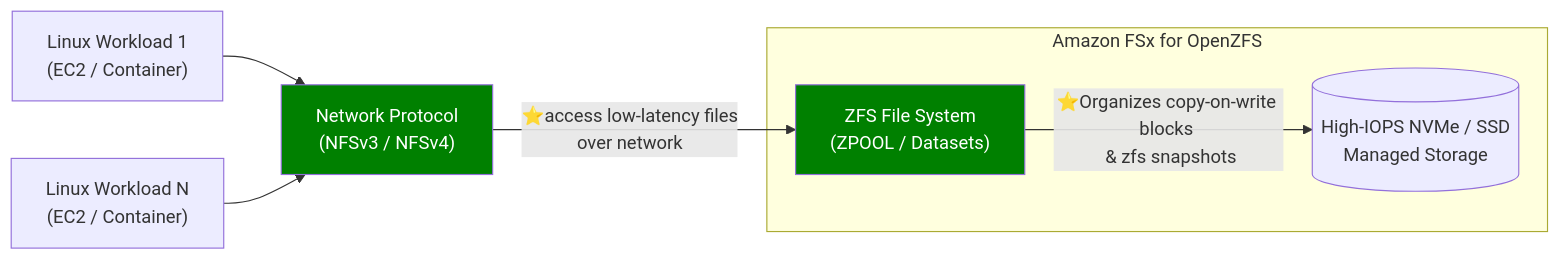
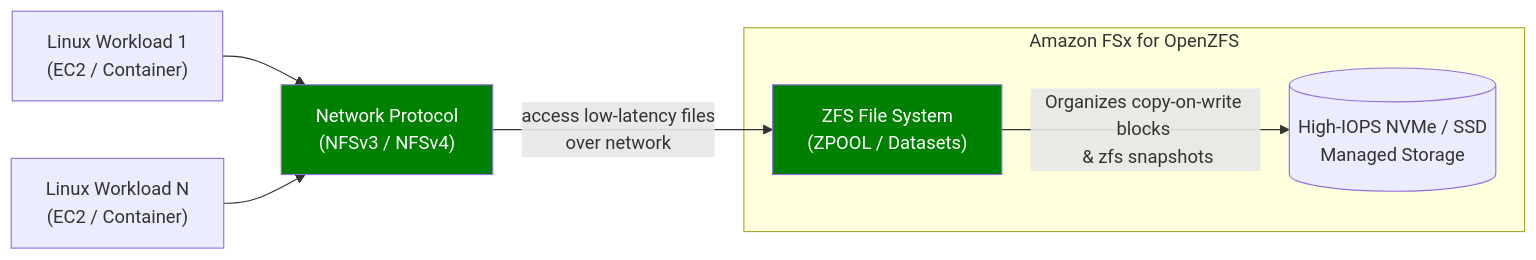
One commit to lekhrajdinkar/solution-engineer changed the fourth of 4 diagrams in docs/2022-2025/CE_02_AWS_SAA/02_storage/04_FSx.md. Above: the diagram before and after it, drawn with Mermaid. The commit also changed other lines of this file and 1 other file, not shown here.

````diff
--- a/docs/2022-2025/CE_02_AWS_SAA/02_storage/04_FSx.md
+++ b/docs/2022-2025/CE_02_AWS_SAA/02_storage/04_FSx.md
@@ -133,20 +119,20 @@
 ```mermaid
 flowchart LR
     app1["Linux Workload 1\n(EC2 / Container)"]
     app2["Linux Workload N\n(EC2 / Container)"]
     
     Protocols["Network Protocol\n(NFSv3 / NFSv4)"]
     
     subgraph Storage_Host ["Amazon FSx for OpenZFS"]
         ManagedFS["ZFS File System\n(ZPOOL / Datasets)"]
         Hardware[("High-IOPS NVMe / SSD\nManaged Storage")]
     end
 
     app1 --> Protocols
     app2 --> Protocols
-    Protocols -->|⭐access low-latency files \n over network| ManagedFS
-    ManagedFS -->|⭐Organizes copy-on-write blocks \n & zfs snapshots| Hardware
+    Protocols -->|access low-latency files \n over network| ManagedFS
+    ManagedFS -->|Organizes copy-on-write blocks \n & zfs snapshots| Hardware
     
     style Protocols fill:green,color:white
     style ManagedFS fill:green,color:white
 ```
````
